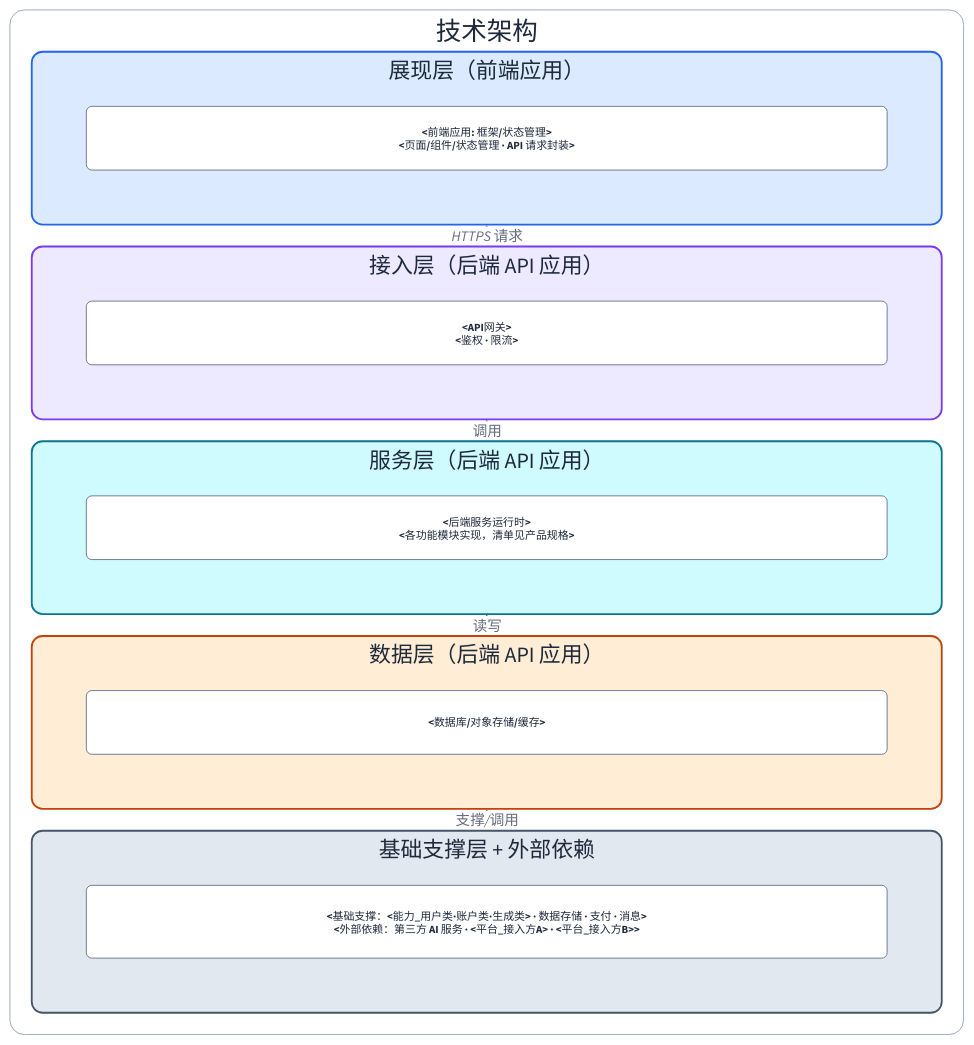
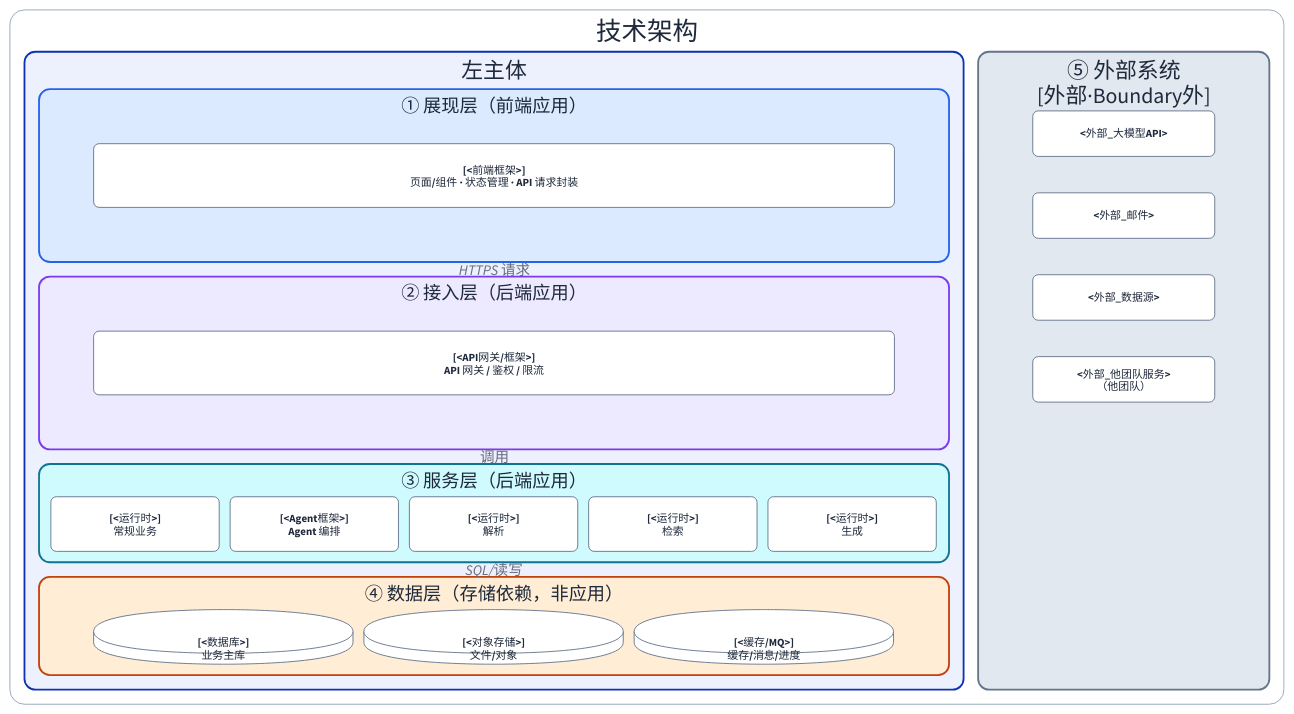
Before and after one commit to syllr/skills: the diagram in skills/doc-arch-rules/references/templates/L2/TECHNOLOGY-ARCHITECTURE.template.md, drawn with D2. The commit also changed other lines of this file and 11 other files, not shown here.

```diff
--- a/skills/doc-arch-rules/references/templates/L2/TECHNOLOGY-ARCHITECTURE.template.md
+++ b/skills/doc-arch-rules/references/templates/L2/TECHNOLOGY-ARCHITECTURE.template.md
@@ -74,80 +85,96 @@
 
 技术架构: {
   grid-rows: 1
-  grid-columns: 1
-  grid-gap: 24
+  grid-columns: 2
+  grid-gap: 16
   style.fill: "#ffffff"
   style.font-color: "#1e293b"
   style.stroke: "#94a3b8"
   style.stroke-width: 1
   style.border-radius: 16
 
-  展现层: {
-    label: "展现层（前端应用）"
-    width: 1000
-    style.fill: "#dbeafe"
+  左主体: {
+    grid-rows: 1
+    grid-columns: 1
+    grid-gap: 16
     style.font-color: "#1e293b"
-    style.stroke: "#2563eb"
-    style.stroke-width: 2
     style.border-radius: 12
-    grid-columns: 1
-    t1: { label: "<前端应用: 框架/状态管理>\n<页面/组件/状态管理 · API 请求封装>"; width: 880; height: 70; class: mod }
+
+    展现层: {
+      label: "① 展现层（前端应用）"
+      width: 1000
+      style.fill: "#dbeafe"
+      style.font-color: "#1e293b"
+      style.stroke: "#2563eb"
+      style.stroke-width: 2
+      style.border-radius: 12
+      grid-columns: 1
+      t1: { label: "[<前端框架>]\n页面/组件 · 状态管理 · API 请求封装"; width: 880; height: 70; class: mod }
+    }
+
+    接入层: {
+      label: "② 接入层（后端应用）"
+      width: 1000
+      style.fill: "#ede9fe"
+      style.font-color: "#1e293b"
+      style.stroke: "#7c3aed"
+      style.stroke-width: 2
+      style.border-radius: 12
+      grid-columns: 1
+      t2: { label: "[<API网关/框架>]\nAPI 网关 / 鉴权 / 限流"; width: 880; height: 70; class: mod }
+    }
+
+    服务层: {
+      label: "③ 服务层（后端应用）"
+      width: 1000
+      style.fill: "#cffafe"
+      style.font-color: "#1e293b"
+      style.stroke: "#0e7490"
+      style.stroke-width: 2
+      style.border-radius: 12
+      grid-columns: 5
+      grid-gap: 12
+      t3a: { label: "[<运行时>]\n常规业务"; width: 185; height: 60; class: mod }
+      t3b: { label: "[<Agent框架>]\nAgent 编排"; width: 185; height: 60; class: mod }
+      t3c: { label: "[<运行时>]\n解析"; width: 185; height: 60; class: mod }
+      t3d: { label: "[<运行时>]\n检索"; width: 185; height: 60; class: mod }
+      t3e: { label: "[<运行时>]\n生成"; width: 185; height: 60; class: mod }
+    }
+
+    数据层: {
+      label: "④ 数据层（存储依赖，非应用）"
+      width: 1000
+      style.fill: "#ffedd5"
+      style.font-color: "#1e293b"
+      style.stroke: "#c2410c"
+      style.stroke-width: 2
+      style.border-radius: 12
+      grid-columns: 3
+      grid-gap: 12
+      t4a: { label: "[<数据库>]\n业务主库"; shape: cylinder; width: 285; height: 60; class: mod }
+      t4b: { label: "[<对象存储>]\n文件/对象"; shape: cylinder; width: 285; height: 60; class: mod }
+      t4c: { label: "[<缓存/MQ>]\n缓存/消息/进度"; shape: cylinder; width: 285; height: 60; class: mod }
+    }
   }
 
-  接入层: {
-    label: "接入层（后端 API 应用）"
-    width: 1000
-    style.fill: "#ede9fe"
-    style.font-color: "#1e293b"
-    style.stroke: "#7c3aed"
-    style.stroke-width: 2
-    style.border-radius: 12
+  外部系统: {
+    label: "⑤ 外部系统\n[外部·Boundary外]"
     grid-columns: 1
-    t2: { label: "<API网关>\n<鉴权 · 限流>"; width: 880; height: 70; class: mod }
-  }
-
-  服务层: {
-    label: "服务层（后端 API 应用）"
-    width: 1000
-    style.fill: "#cffafe"
-    style.font-color: "#1e293b"
-    style.stroke: "#0e7490"
-    style.stroke-width: 2
-    style.border-radius: 12
-    grid-columns: 1
-    t3: { label: "<后端服务运行时>\n<各功能模块实现，清单见产品规格>"; width: 880; height: 70; class: mod }
-  }
-
-  数据层: {
-    label: "数据层（后端 API 应用）"
-    width: 1000
-    style.fill: "#ffedd5"
-    style.font-color: "#1e293b"
-    style.stroke: "#c2410c"
-    style.stroke-width: 2
-    style.border-radius: 12
-    grid-columns: 1
-    t4: { label: "<数据库/对象存储/缓存>"; width: 880; height: 70; class: mod }
-  }
-
-  基础支撑层: {
-    label: "基础支撑层 + 外部依赖"
-    width: 1000
     style.fill: "#e2e8f0"
     style.font-color: "#1e293b"
-    style.stroke: "#475569"
-    style.stroke-width: 2
+    style.stroke: "#64748b"
     style.border-radius: 12
-    grid-columns: 1
-    t5: { label: "<基础支撑：<能力_用户类·账户类·生成类> · 数据存储 · 支付 · 消息>\n<外部依赖：第三方 AI 服务 · <平台_接入方A> · <平台_接入方B>>"; width: 880; height: 80; class: mod }
+    e1: { label: "<外部_大模型API>"; width: 200; height: 50; class: mod }
+    e2: { label: "<外部_邮件>"; width: 200; height: 50; class: mod }
+    e3: { label: "<外部_数据源>"; width: 200; height: 50; class: mod }
+    e4: { label: "<外部_他团队服务>\n（他团队）"; width: 200; height: 50; class: mod }
   }
 }
 
-# 层间调用（自上而下）
-技术架构.展现层 -> 技术架构.接入层: HTTPS 请求 { style.stroke: "#2563eb" }
-技术架构.接入层 -> 技术架构.服务层: 调用 { style.stroke: "#7c3aed" }
-技术架构.服务层 -> 技术架构.数据层: 读写 { style.stroke: "#0e7490" }
-技术架构.数据层 -> 技术架构.基础支撑层: 支撑/调用 { style.stroke: "#c2410c" }
+# 层间调用（自上而下，仅 3 根；外部系统竖条不画连线——对接关系见 INTEGRATION）
+技术架构.左主体.展现层 -> 技术架构.左主体.接入层: HTTPS 请求 { style.stroke: "#2563eb" }
+技术架构.左主体.接入层 -> 技术架构.左主体.服务层: 调用 { style.stroke: "#7c3aed" }
+技术架构.左主体.服务层 -> 技术架构.左主体.数据层: SQL/读写 { style.stroke: "#0e7490" }
 
 classes: {
   mod: {
```
